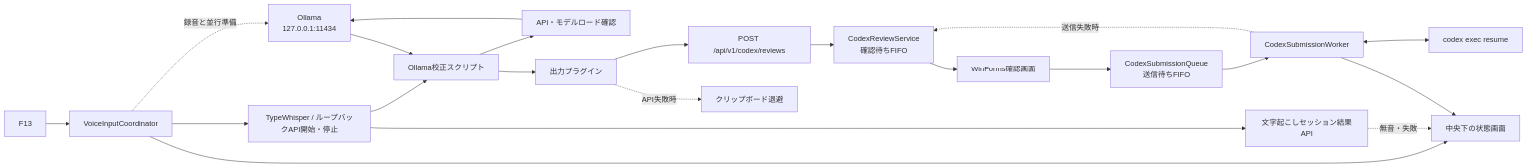
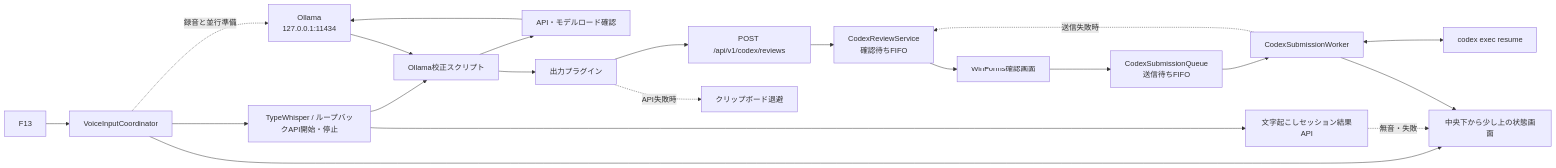
Before and after one commit to UNIUNI381/UniToDo: the diagram in docs/TaskManager-Vault/07_音声入力.md, drawn with Mermaid. The commit also changed other lines of this file and 3 other files, not shown here.

````diff
--- a/docs/TaskManager-Vault/07_音声入力.md
+++ b/docs/TaskManager-Vault/07_音声入力.md
@@ -14,23 +14,23 @@
 ```mermaid
 flowchart LR
   F13[F13] --> Coordinator[VoiceInputCoordinator]
-  Coordinator --> StatusUI[中央下の状態画面]
+  Coordinator --> StatusUI[中央下から少し上の状態画面]
   Coordinator -. 録音と並行準備 .-> Ollama[Ollama<br/>127.0.0.1:11434]
   Coordinator --> TypeWhisper[TypeWhisper / ループバックAPI開始・停止]
   TypeWhisper --> SessionResult[文字起こしセッション結果API]
   SessionResult -. 無音・失敗 .-> StatusUI
   TypeWhisper --> Script[Ollama校正スクリプト]
   Script --> ReadyCheck[API・モデルロード確認]
   ReadyCheck --> Ollama
   Ollama --> Script
   Script --> Plugin[出力プラグイン]
   Plugin --> ReviewAPI[POST /api/v1/codex/reviews]
   Plugin -. API失敗時 .-> Clipboard[クリップボード退避]
   ReviewAPI --> ReviewQueue[CodexReviewService<br/>確認待ちFIFO]
   ReviewQueue --> ReviewUI[WinForms確認画面]
   ReviewUI --> SubmissionQueue[CodexSubmissionQueue<br/>送信待ちFIFO]
   SubmissionQueue --> Worker[CodexSubmissionWorker]
   Worker <--> CodexCLI[codex exec resume]
   Worker --> StatusUI
   Worker -. 送信失敗時 .-> ReviewQueue
 ```
````
